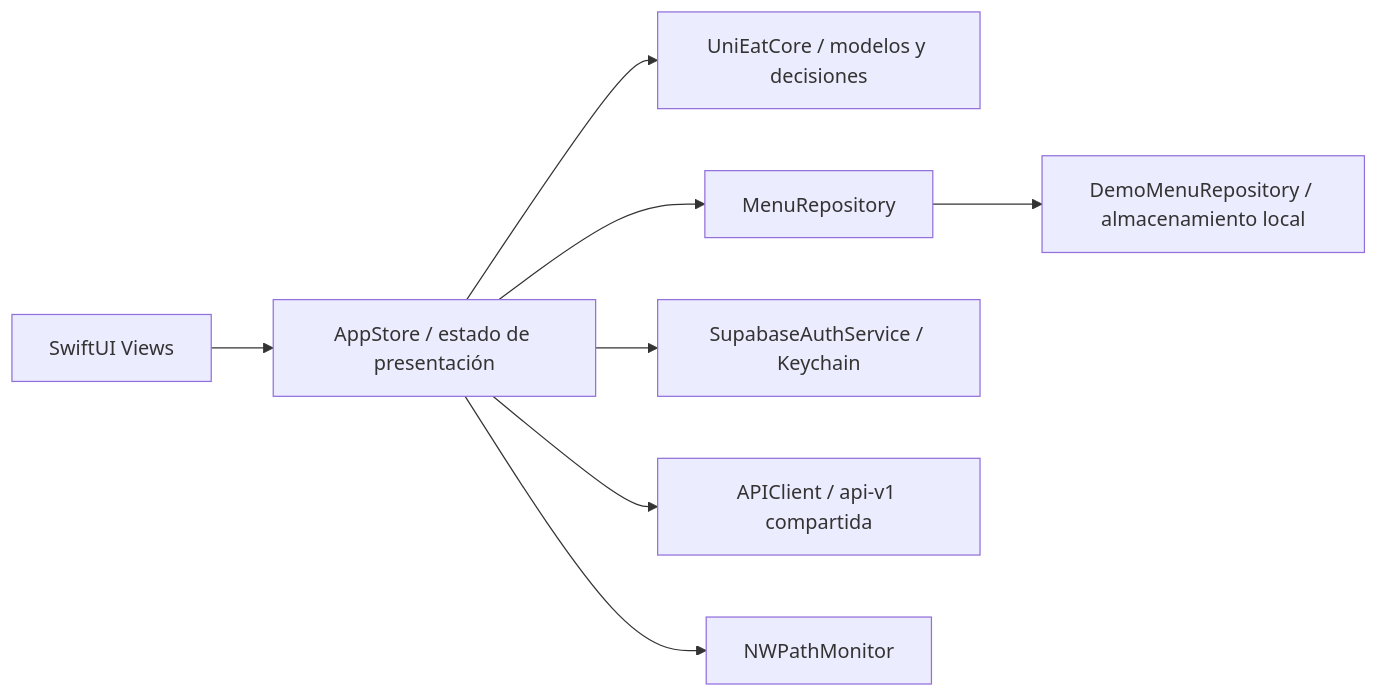
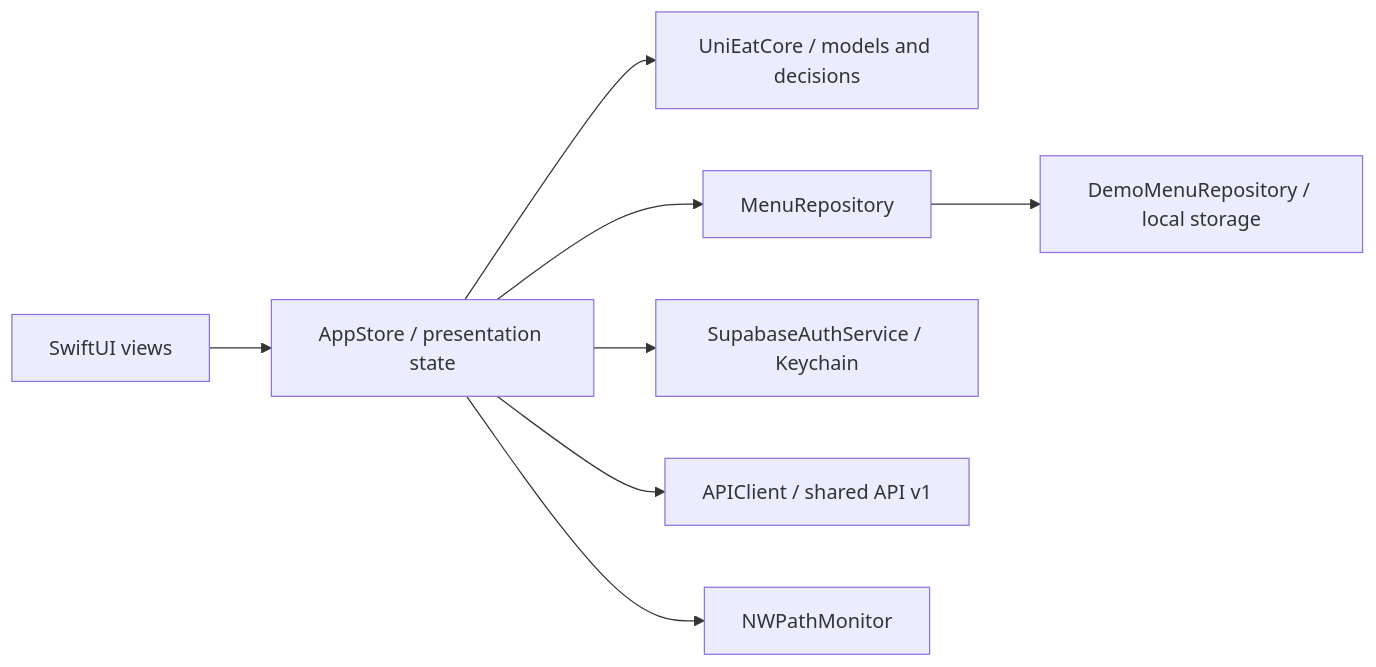
Before and after one commit to k-alvarezr/UniEat---iOS: the diagram in README.md, drawn with Mermaid. The commit also changed other lines of this file, not shown here.

````diff
--- a/README.md
+++ b/README.md
@@ -52,10 +52,10 @@
 ```mermaid
 flowchart LR
-    UI[SwiftUI Views] --> VM[AppStore / estado de presentación]
-    VM --> Core[UniEatCore / modelos y decisiones]
+    UI[SwiftUI views] --> VM[AppStore / presentation state]
+    VM --> Core[UniEatCore / models and decisions]
     VM --> Repo[MenuRepository]
-    Repo --> Demo[DemoMenuRepository / almacenamiento local]
+    Repo --> Demo[DemoMenuRepository / local storage]
     VM --> Auth[SupabaseAuthService / Keychain]
-    VM --> API[APIClient / api-v1 compartida]
+    VM --> API[APIClient / shared API v1]
     VM --> Network[NWPathMonitor]
 ```
````
